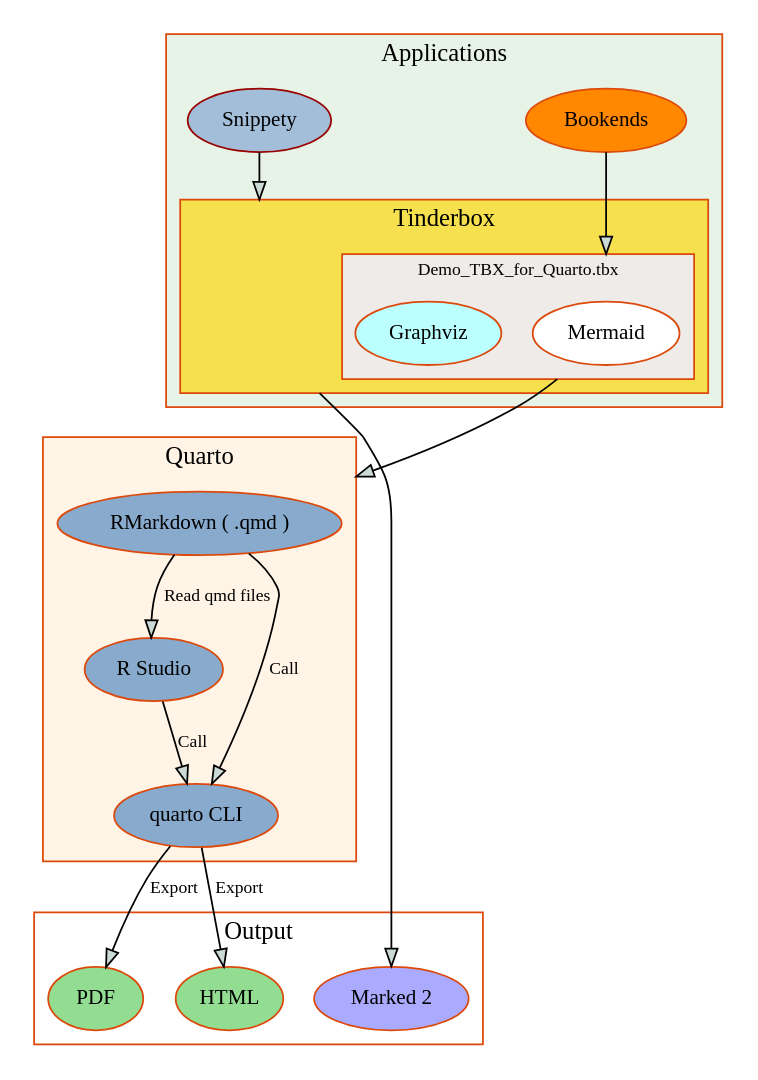
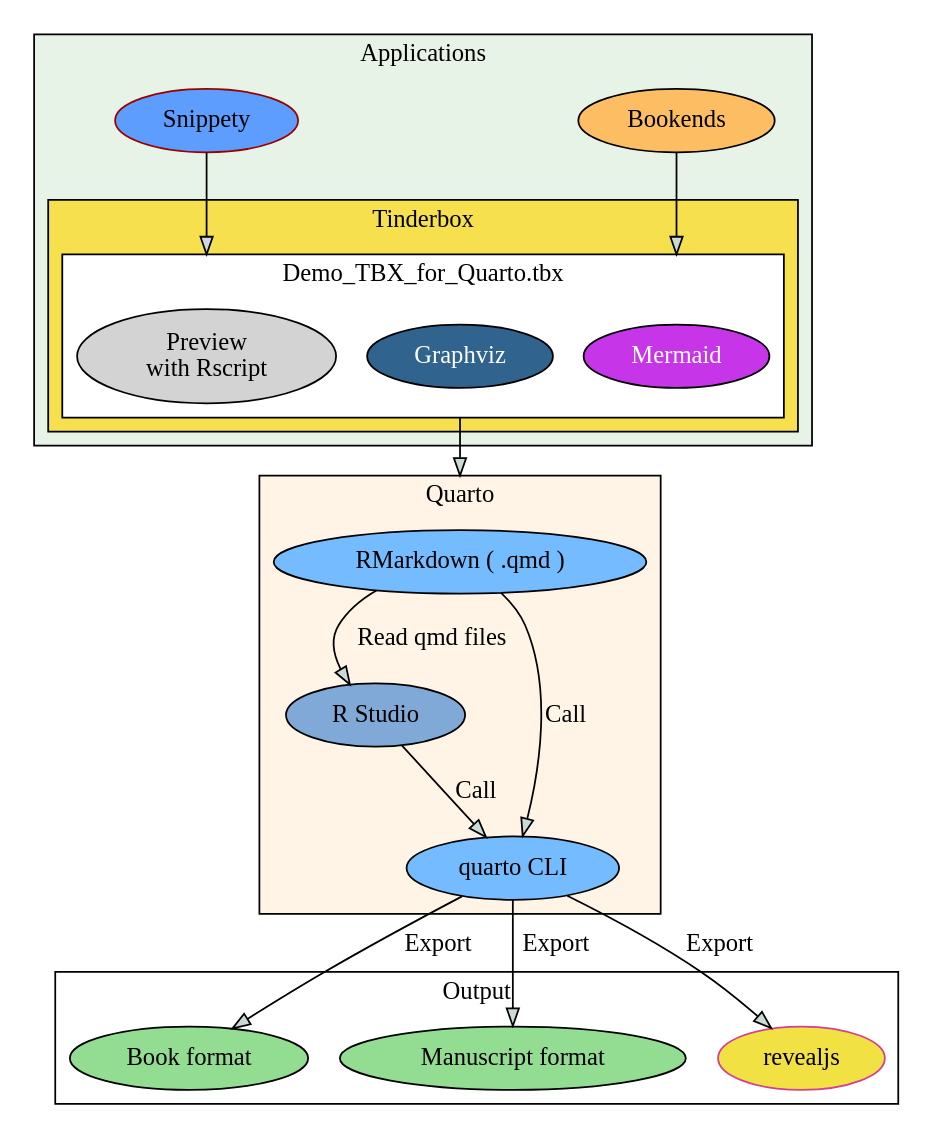
The second of 2 diagrams in output/index.qmd (fryagbye/tinderboxwithquarto), drawn with Graphviz before and after one commit. The commit also changed other lines of this file and 201 other files, not shown here.

````diff
--- a/output/index.qmd
+++ b/output/index.qmd
@@ -89,94 +112,86 @@
-```{dot} 
+```{dot}
 //| label: fig-workflow-graphviz
-//| fig-cap: Tinderbox Work Flow with Quarto. ( Graphviz version )
 //| fig-width: 5
 digraph {
-compound=true
-layout=dot
-  graph [    charset = "UTF-8";
-    splines = "spline",
-  ];
+    layout=dot
+    compound=true
+    graph [charset = "UTF-8" splines = "spline" ];
 subgraph cluster_A{
-        label="Applications"
-        spline="curved"
-        color="#dc490b"
-        penwidth="1"
-        style="filled"
-        fillcolor="#e7f3e7"
-        fontname="HiraginoSans-W4"
-        fontcolor="#000000"
-        fontsize="14"
-        A B 
-        subgraph cluster_B{
-            label="Tinderbox"
-            spline="line"
-            color="#dc490b"
-            penwidth="1"
-            style="filled"
-            fillcolor="#f6e04d"
-            fontname="HiraginoSans-W4"
-            fontcolor="#000000"
-            fontsize="14"
-            URL="https://www.eastgate.com/Tinderbox/"
-                C 
-        subgraph cluster_C{
-                label="Demo_TBX_for_Quarto.tbx"
-                spline="line"
-                color="#dc490b"
+                label="Applications"
+                spline="curved"
+                color="#000000"
                 penwidth="1"
                 style="filled"
-                fillcolor="#eeebe9"
-                fontname="HiraginoSans-W4"
+                fillcolor="#e7f3e7"
                 fontcolor="#000000"
-                fontsize="10"
-                URL="https://github.com/fryagbye/tinderboxwithquarto"
-                D E 
-        }
-        }
+        A B 
+
+        subgraph cluster_B{
+                    label="Tinderbox"
+                    color="#000000"
+                    penwidth="1"
+                    style="filled"
+                    fillcolor="#f6e04d"
+                    fontcolor="#000000"
+                    URL="https://www.eastgate.com/Tinderbox/"
+
+
+        subgraph cluster_C{
+                        label="Demo_TBX_for_Quarto.tbx"
+                        color="#000000"
+                        penwidth="1"
+                        style="filled"
+                        fillcolor="#ffffff"
+                        fontcolor="#000000"
+                        URL="https://github.com/fryagbye/tinderboxwithquarto"
+        C D E 
 }
+
+}
+
+}
+
 subgraph cluster_D{
-        label="Quarto"
-        spline="line"
-        color="#dc490b"
-        penwidth="1"
-        style="filled"
-        fillcolor="#fff4e6"
-        fontname="HiraginoSans-W4"
-        fontcolor="#000000"
-        fontsize="14"
+                label="Quarto"
+                color="#000000"
+                penwidth="1"
+                style="filled"
+                fillcolor="#fff4e6"
+                fontcolor="#000000"
         F G H 
 }
+
 subgraph cluster_E{
-        label="Output"
-        spline="line"
-        color="#dc490b"
-        penwidth="1"
-        style="filled"
-        fillcolor="#ffffff"
-        fontname="HiraginoSans-W4"
-        fontcolor="#000000"
-        fontsize="14"
+                label="Output"
+                color="#000000"
+                penwidth="1"
+                style="filled"
+                fillcolor="#ffffff"
+                fontcolor="#000000"
         I J K 
 }
-A [ style="filled"label="Bookends", colorscheme="Blues8", color="#dc490b", penwidth="1", fillcolor="#ff8800", fontname="HiraginoSans-W4", fontcolor="#000000", fontsize="12", URL="https://www.sonnysoftware.com/bookends-for-mac"]
-B [ style="filled"label="Snippety", colorscheme="Blues8", color="#990000", penwidth="1", fillcolor="#a3bed9", fontname="HiraginoSans-W4", fontcolor="#000000", fontsize="12", URL="https://snippety.app/"]
-C [ style="invis"label="dummy", colorscheme="Blues8", color="#dc490b", penwidth="1", fillcolor="#ffffff", fontname="HiraginoSans-W4", fontcolor="#000000", fontsize="12"]
-D [ style="filled"label="Mermaid", colorscheme="Blues8", color="#dc490b", penwidth="1", fillcolor="#ffffff", fontname="HiraginoSans-W4", fontcolor="#000000", fontsize="12", URL="https://mermaid.js.org/"]
-E [ style="filled"label="Graphviz", colorscheme="Blues8", color="#dc490b", penwidth="1", fillcolor="#bcffff", fontname="HiraginoSans-W4", fontcolor="#000000", fontsize="12"]
-F [ style="filled"label="R Studio", colorscheme="Blues8", color="#dc490b", penwidth="1", fillcolor="#88aacc", fontname="HiraginoSans-W4", fontcolor="#000000", fontsize="12", URL="https://posit.co/products/open-source/rstudio/"]
-G [ style="filled"label="RMarkdown ( .qmd )", colorscheme="Blues8", color="#dc490b", penwidth="1", fillcolor="#88aacc", fontname="HiraginoSans-W4", fontcolor="#000000", fontsize="12"]
-H [ style="filled"label="quarto CLI", colorscheme="Blues8", color="#dc490b", penwidth="1", fillcolor="#88aacc", fontname="HiraginoSans-W4", fontcolor="#000000", fontsize="12", URL="https://quarto.org/"]
-I [ style="filled"label="PDF", colorscheme="Blues8", color="#dc490b", penwidth="1", fillcolor="#93dd93", fontname="HiraginoSans-W4", fontcolor="#000000", fontsize="12"]
-J [ style="filled"label="HTML", colorscheme="Blues8", color="#dc490b", penwidth="1", fillcolor="#93dd93", fontname="HiraginoSans-W4", fontcolor="#000000", fontsize="12"]
-K [ style="filled"label="Marked 2", colorscheme="Blues8", color="#dc490b", penwidth="1", fillcolor="#aaaaff", fontname="HiraginoSans-W4", fontcolor="#000000", fontsize="12", URL="https://marked2app.com/"]
-A -> D [fillcolor="#cbd9d7" fontname="HiraginoSans-W4" fontcolor="#000000" fontsize="10" labelfloat="false" lhead = "cluster_C" ltail = "cluster_A" ]
-B -> C [fillcolor="#cbd9d7" fontname="HiraginoSans-W4" fontcolor="#000000" fontsize="10" labelfloat="false" lhead = "cluster_B" ]
-C -> K [fillcolor="#cbd9d7" fontname="HiraginoSans-W4" fontcolor="#000000" fontsize="10" labelfloat="false" ltail = "cluster_B" ]
-D -> G [fillcolor="#cbd9d7" fontname="HiraginoSans-W4" fontcolor="#000000" fontsize="10" labelfloat="false" lhead = "cluster_D" ltail = "cluster_C" ]
-F -> H [label = "Call" fillcolor="#cbd9d7" fontname="HiraginoSans-W4" fontcolor="#000000" fontsize="10" labelfloat="false" ]
-G -> F [label = "Read qmd files" fillcolor="#cbd9d7" fontname="HiraginoSans-W4" fontcolor="#000000" fontsize="10" labelfloat="false" ]
-G -> H [label = "Call" fillcolor="#cbd9d7" fontname="HiraginoSans-W4" fontcolor="#000000" fontsize="10" labelfloat="false" ]
-H -> I [label = "Export" fillcolor="#cbd9d7" fontname="HiraginoSans-W4" fontcolor="#000000" fontsize="10" labelfloat="false" ]
-H -> J [label = "Export" fillcolor="#cbd9d7" fontname="HiraginoSans-W4" fontcolor="#000000" fontsize="10" labelfloat="false" ]
+
+
+A [ style="filled"  label="Bookends" color="#000000", penwidth="1", fillcolor="#fcbd63", fontcolor="#000000", URL="https://www.sonnysoftware.com/bookends-for-mac"]
+B [ style="filled"  label="Snippety" color="#990000", penwidth="1", fillcolor="#5c9dfe", fontcolor="#000000", URL="https://snippety.app/"]
+C [ style="filled"  label="Mermaid" color="#000000", penwidth="1", fillcolor="#c735e9", fontcolor="#ffffff", URL="https://mermaid.js.org/"]
+D [ style="filled"  label="Graphviz" color="#000000", penwidth="1", fillcolor="#30638d", fontcolor="#ffffff", URL="https://graphviz.org/"]
+E [ style="filled"  label="Preview \nwith Rscript" ]
+F [ style="filled"  label="R Studio" color="#000000", penwidth="1", fillcolor="#80a9d7", fontcolor="#000000", URL="https://posit.co/products/open-source/rstudio/"]
+G [ style="filled"  label="RMarkdown ( .qmd )" color="#000000", penwidth="1", fillcolor="#74bbff", fontcolor="#000000"]
+H [ style="filled"  label="quarto CLI" color="#000000", penwidth="1", fillcolor="#74bbff", fontcolor="#000000", URL="https://quarto.org/"]
+I [ style="filled"  label="Book format" color="#000000", penwidth="1", fillcolor="#93dd93", fontcolor="#000000"]
+J [ style="filled"  label="Manuscript format" color="#000000", penwidth="1", fillcolor="#93dd93", fontcolor="#000000"]
+K [ style="filled"  label="revealjs" color="#d53f8c", penwidth="1", fillcolor="#f2e142", fontcolor="#000000"]
+
+A -> C [fillcolor="#cbd9d7" fontcolor="#000000" lhead = "cluster_C" ltail = "cluster_A" ]
+B -> E [fillcolor="#cbd9d7" fontcolor="#000000" lhead = "cluster_C" ]
+D -> G [fillcolor="#cbd9d7" fontcolor="#000000" lhead = "cluster_D" ltail = "cluster_C" ]
+F -> H [label = "Call" fillcolor="#cbd9d7" fontcolor="#000000" ]
+G -> F [label = "Read qmd files" fillcolor="#cbd9d7" fontcolor="#000000" ]
+G -> H [label = "Call" fillcolor="#cbd9d7" fontcolor="#000000" ]
+H -> I [label = "Export" fillcolor="#cbd9d7" fontcolor="#000000" ]
+H -> J [label = "Export" fillcolor="#cbd9d7" fontcolor="#000000" ]
+H -> K [label = "Export" fillcolor="#cbd9d7" fontcolor="#000000" ]
 }
 ```
````
